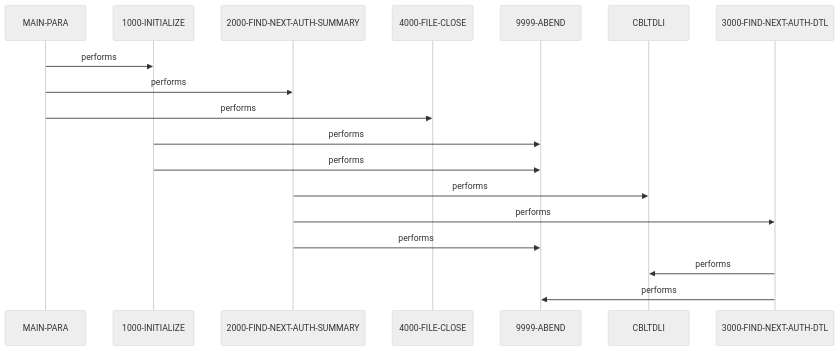
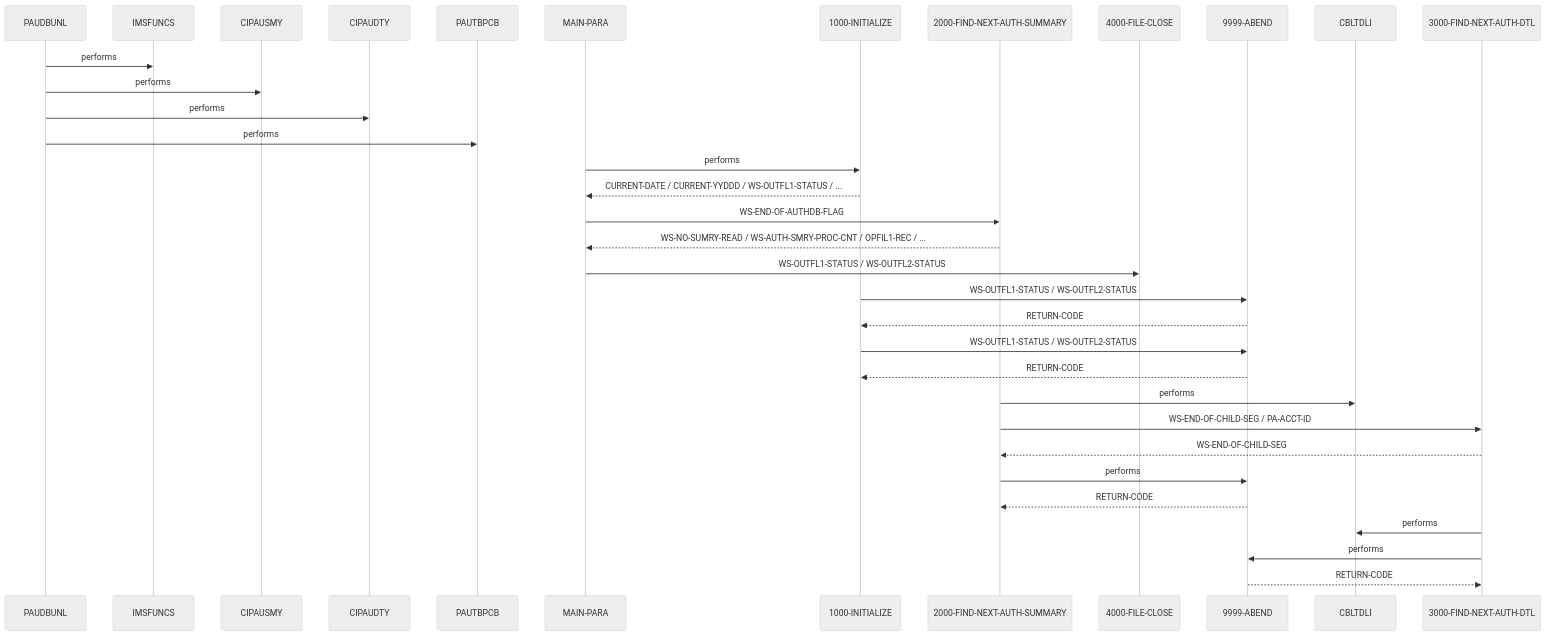
Before and after one commit to andrasfe/war_rig: the second of 2 diagrams in example_output/cbl/PAUDBUNL.CBL.md, drawn with Mermaid (neutral theme). The commit also changed other lines of this file and 223 other files, not shown here.

````diff
--- a/example_output/cbl/PAUDBUNL.CBL.md
+++ b/example_output/cbl/PAUDBUNL.CBL.md
@@ -210,20 +256,36 @@
 ```mermaid
 sequenceDiagram
+    participant PAUDBUNL as PAUDBUNL
+    participant IMSFUNCS as IMSFUNCS
+    participant CIPAUSMY as CIPAUSMY
+    participant CIPAUDTY as CIPAUDTY
+    participant PAUTBPCB as PAUTBPCB
     participant MAIN_PARA as MAIN-PARA
     participant 1000_INITIALIZE as 1000-INITIALIZE
     participant 2000_FIND_NEXT_AUTH_SUMMARY as 2000-FIND-NEXT-AUTH-SUMMARY
     participant 4000_FILE_CLOSE as 4000-FILE-CLOSE
     participant 9999_ABEND as 9999-ABEND
     participant CBLTDLI as CBLTDLI
     participant 3000_FIND_NEXT_AUTH_DTL as 3000-FIND-NEXT-AUTH-DTL
+    PAUDBUNL->>IMSFUNCS: performs
+    PAUDBUNL->>CIPAUSMY: performs
+    PAUDBUNL->>CIPAUDTY: performs
+    PAUDBUNL->>PAUTBPCB: performs
     MAIN_PARA->>1000_INITIALIZE: performs
-    MAIN_PARA->>2000_FIND_NEXT_AUTH_SUMMARY: performs
-    MAIN_PARA->>4000_FILE_CLOSE: performs
-    1000_INITIALIZE->>9999_ABEND: performs
-    1000_INITIALIZE->>9999_ABEND: performs
+    1000_INITIALIZE-->>MAIN_PARA: CURRENT-DATE / CURRENT-YYDDD / WS-OUTFL1-STATUS / ...
+    MAIN_PARA->>2000_FIND_NEXT_AUTH_SUMMARY: WS-END-OF-AUTHDB-FLAG
+    2000_FIND_NEXT_AUTH_SUMMARY-->>MAIN_PARA: WS-NO-SUMRY-READ / WS-AUTH-SMRY-PROC-CNT / OPFIL1-REC / ...
+    MAIN_PARA->>4000_FILE_CLOSE: WS-OUTFL1-STATUS / WS-OUTFL2-STATUS
+    1000_INITIALIZE->>9999_ABEND: WS-OUTFL1-STATUS / WS-OUTFL2-STATUS
+    9999_ABEND-->>1000_INITIALIZE: RETURN-CODE
+    1000_INITIALIZE->>9999_ABEND: WS-OUTFL1-STATUS / WS-OUTFL2-STATUS
+    9999_ABEND-->>1000_INITIALIZE: RETURN-CODE
     2000_FIND_NEXT_AUTH_SUMMARY->>CBLTDLI: performs
-    2000_FIND_NEXT_AUTH_SUMMARY->>3000_FIND_NEXT_AUTH_DTL: performs
+    2000_FIND_NEXT_AUTH_SUMMARY->>3000_FIND_NEXT_AUTH_DTL: WS-END-OF-CHILD-SEG / PA-ACCT-ID
+    3000_FIND_NEXT_AUTH_DTL-->>2000_FIND_NEXT_AUTH_SUMMARY: WS-END-OF-CHILD-SEG
     2000_FIND_NEXT_AUTH_SUMMARY->>9999_ABEND: performs
+    9999_ABEND-->>2000_FIND_NEXT_AUTH_SUMMARY: RETURN-CODE
     3000_FIND_NEXT_AUTH_DTL->>CBLTDLI: performs
     3000_FIND_NEXT_AUTH_DTL->>9999_ABEND: performs
+    9999_ABEND-->>3000_FIND_NEXT_AUTH_DTL: RETURN-CODE
 ```
````
